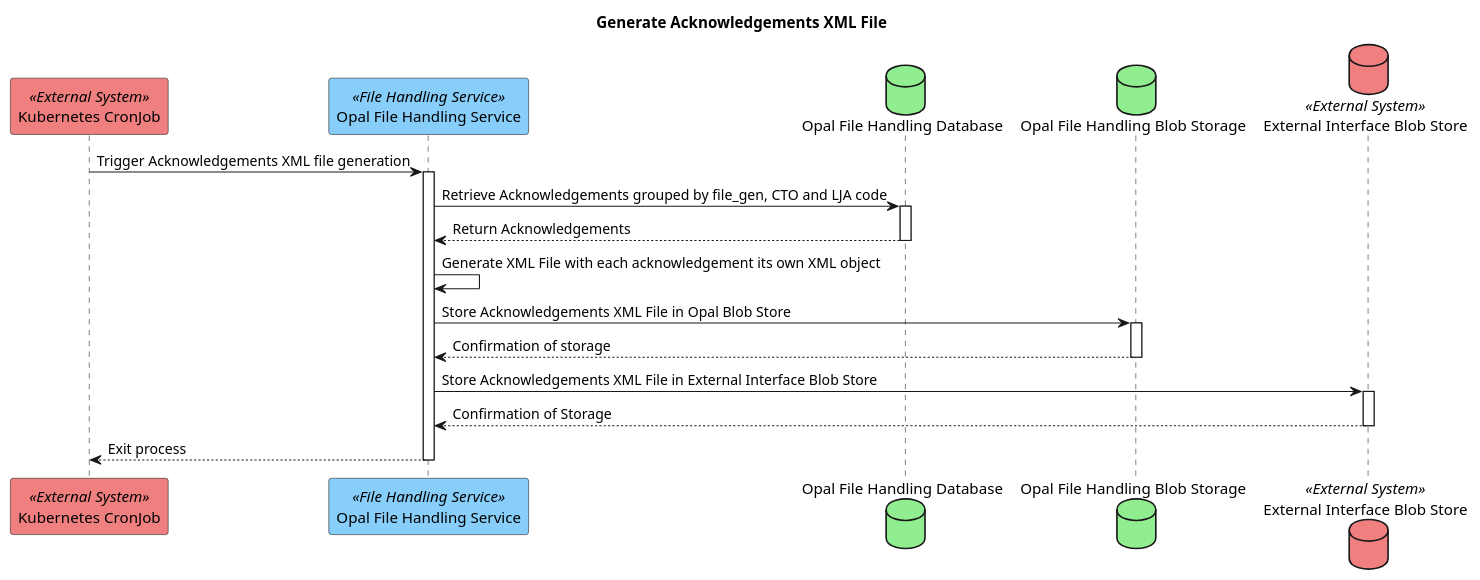
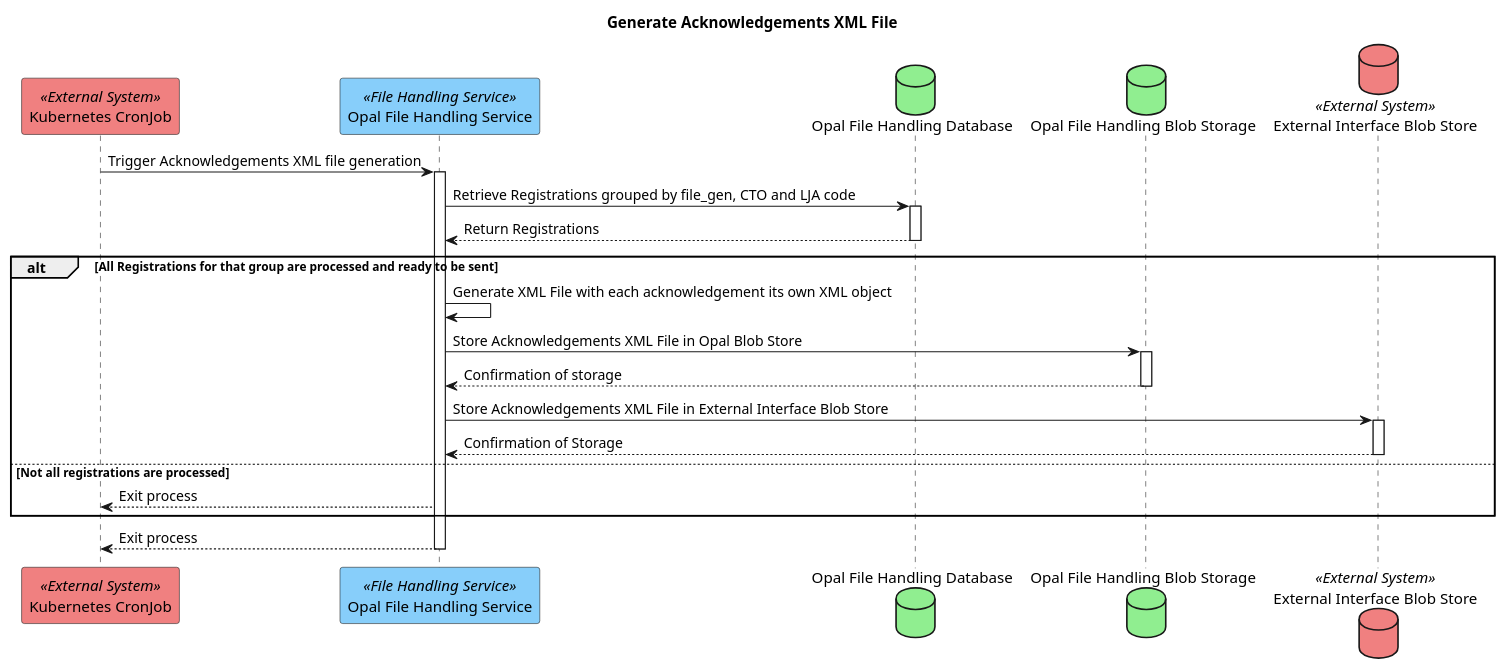
The diagram in plantUML/external-interfaces/acknowledgements-xml-generation.puml (hmcts/opal-docs), drawn with PlantUML before and after one commit. The commit also changed 3 other files, not shown here.

Commit message:
Updating EI9 E2E diagrams with Ben E's comments

```diff
--- a/plantUML/external-interfaces/acknowledgements-xml-generation.puml
+++ b/plantUML/external-interfaces/acknowledgements-xml-generation.puml
@@ -1,18 +1,22 @@
 @startuml
 title Generate Acknowledgements XML File
 participant "Kubernetes CronJob" as cronjob <<External System>> #LightCoral
 participant "Opal File Handling Service" as fileHandlingService <<File Handling Service>> #LightSkyBlue
 database "Opal File Handling Database" as fileHandlingDb #LightGreen
 database "Opal File Handling Blob Storage" as fileHandlingBlobStorage #LightGreen
 database "External Interface Blob Store" as externalInterfaceBlobStore <<External System>> #LightCoral
 
 cronjob -> fileHandlingService ++ : Trigger Acknowledgements XML file generation
-fileHandlingService -> fileHandlingDb ++ : Retrieve Acknowledgements grouped by file_gen, CTO and LJA code
-fileHandlingDb --> fileHandlingService -- : Return Acknowledgements
+fileHandlingService -> fileHandlingDb ++ : Retrieve Registrations grouped by file_gen, CTO and LJA code
+fileHandlingDb --> fileHandlingService -- : Return Registrations
+alt All Registrations for that group are processed and ready to be sent
 fileHandlingService -> fileHandlingService : Generate XML File with each acknowledgement its own XML object
 fileHandlingService -> fileHandlingBlobStorage ++ : Store Acknowledgements XML File in Opal Blob Store
 fileHandlingBlobStorage --> fileHandlingService -- : Confirmation of storage
 fileHandlingService -> externalInterfaceBlobStore ++ : Store Acknowledgements XML File in External Interface Blob Store
 externalInterfaceBlobStore --> fileHandlingService -- : Confirmation of Storage
+else Not all registrations are processed
+fileHandlingService --> cronjob : Exit process
+end
 fileHandlingService --> cronjob -- : Exit process
 @enduml
```
